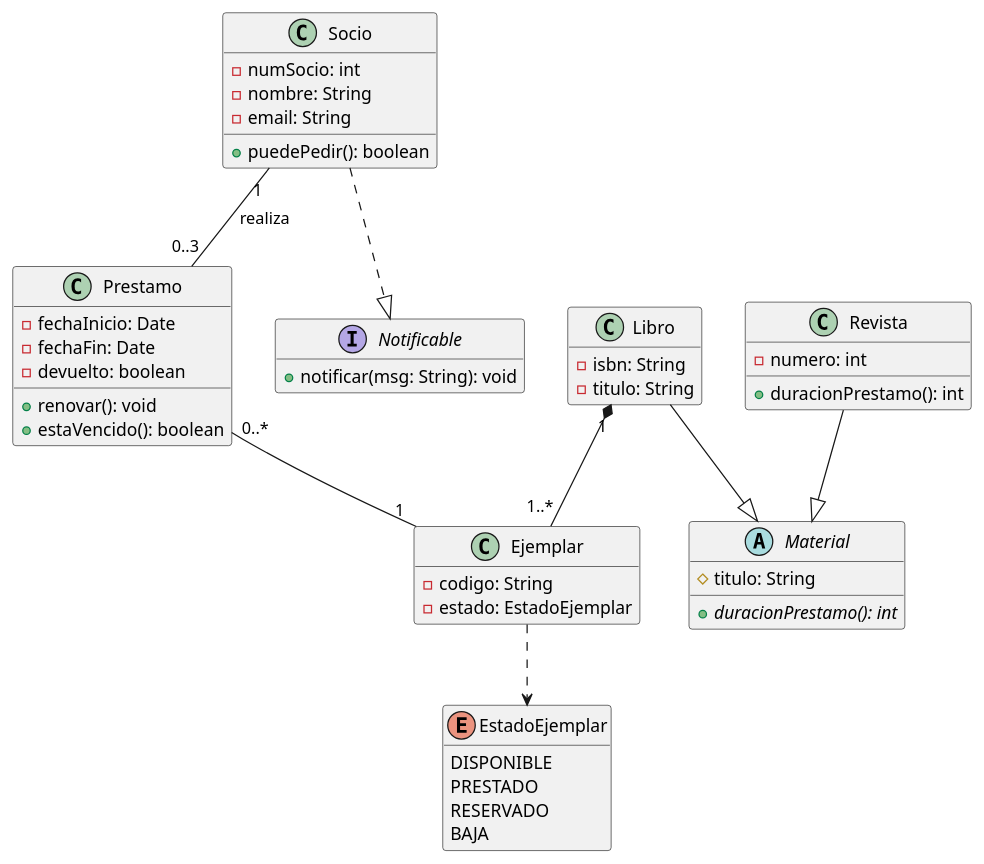
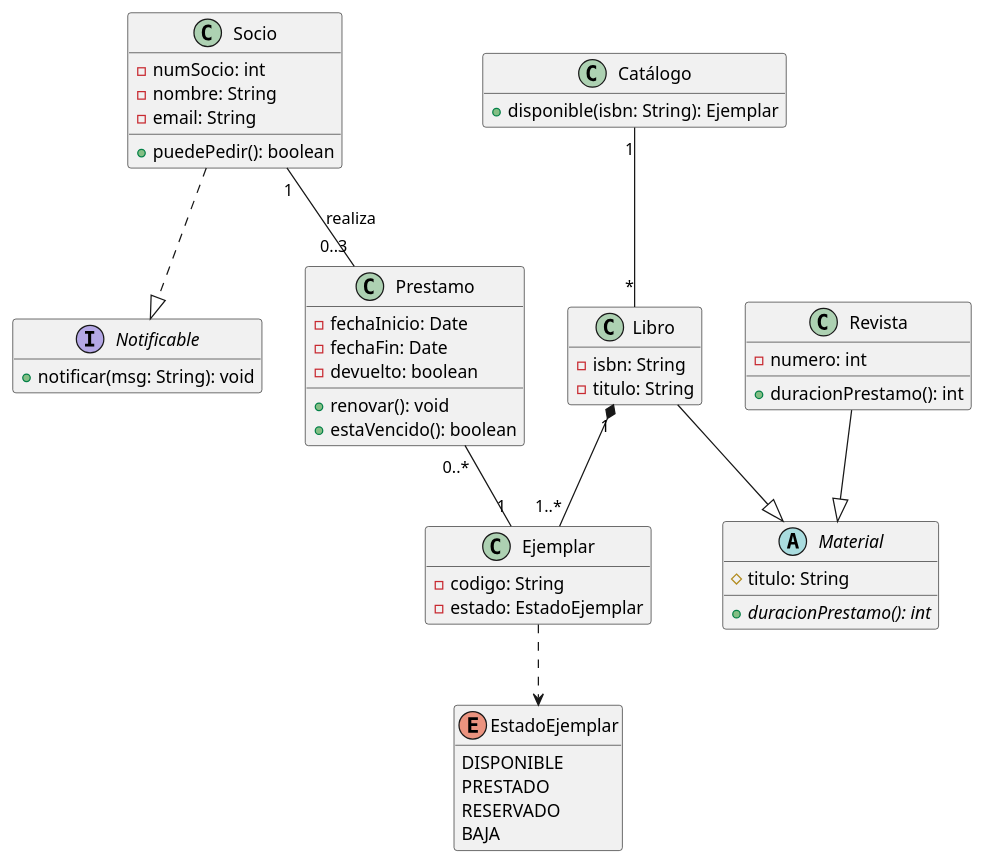
The diagram in examples/Final/07-e2-diagrama-de-clases-de-diseno.puml (itzi97/se-ramify), drawn with PlantUML before and after one commit. The commit also changed 83 other files, not shown here.

First line of the commit message:
0.6.0: folders like Jupyter, tabs, one model across diagrams, checks, PlantUML in, company colours

```diff
--- a/examples/Final/07-e2-diagrama-de-clases-de-diseno.puml
+++ b/examples/Final/07-e2-diagrama-de-clases-de-diseno.puml
@@ -1,50 +1,54 @@
 @startuml
 hide empty members
 
 class "Socio" as C1 {
   - numSocio: int
   - nombre: String
   - email: String
   + puedePedir(): boolean
 }
 class "Prestamo" as C2 {
   - fechaInicio: Date
   - fechaFin: Date
   - devuelto: boolean
   + renovar(): void
   + estaVencido(): boolean
 }
 class "Ejemplar" as C3 {
   - codigo: String
   - estado: EstadoEjemplar
 }
 class "Libro" as C4 {
   - isbn: String
   - titulo: String
 }
 enum "EstadoEjemplar" as C5 {
   DISPONIBLE
   PRESTADO
   RESERVADO
   BAJA
 }
 abstract class "Material" as C6 {
   # titulo: String
   + duracionPrestamo(): int {abstract}
 }
 class "Revista" as C7 {
   - numero: int
   + duracionPrestamo(): int
 }
 interface "Notificable" as C8 {
   + notificar(msg: String): void
 }
+class "Catálogo" as C9 {
+  + disponible(isbn: String): Ejemplar
+}
 
 C1 "1" -- "0..3" C2 : realiza
 C2 "0..*" -- "1" C3
 C4 "1" *-- "1..*" C3
 C3 ..> C5
 C4 --|> C6
 C7 --|> C6
 C1 ..|> C8
+C9 "1" -- "*" C4
 @enduml
```
